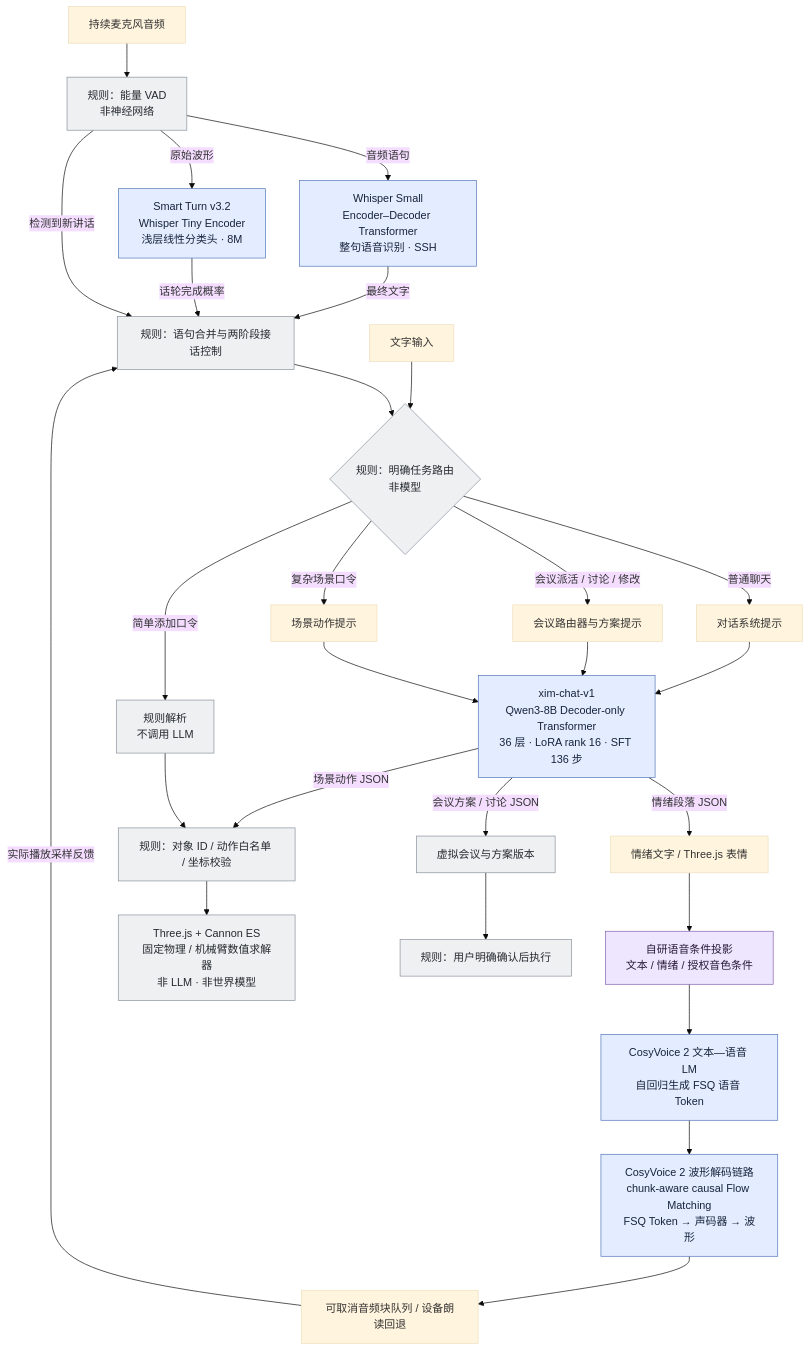
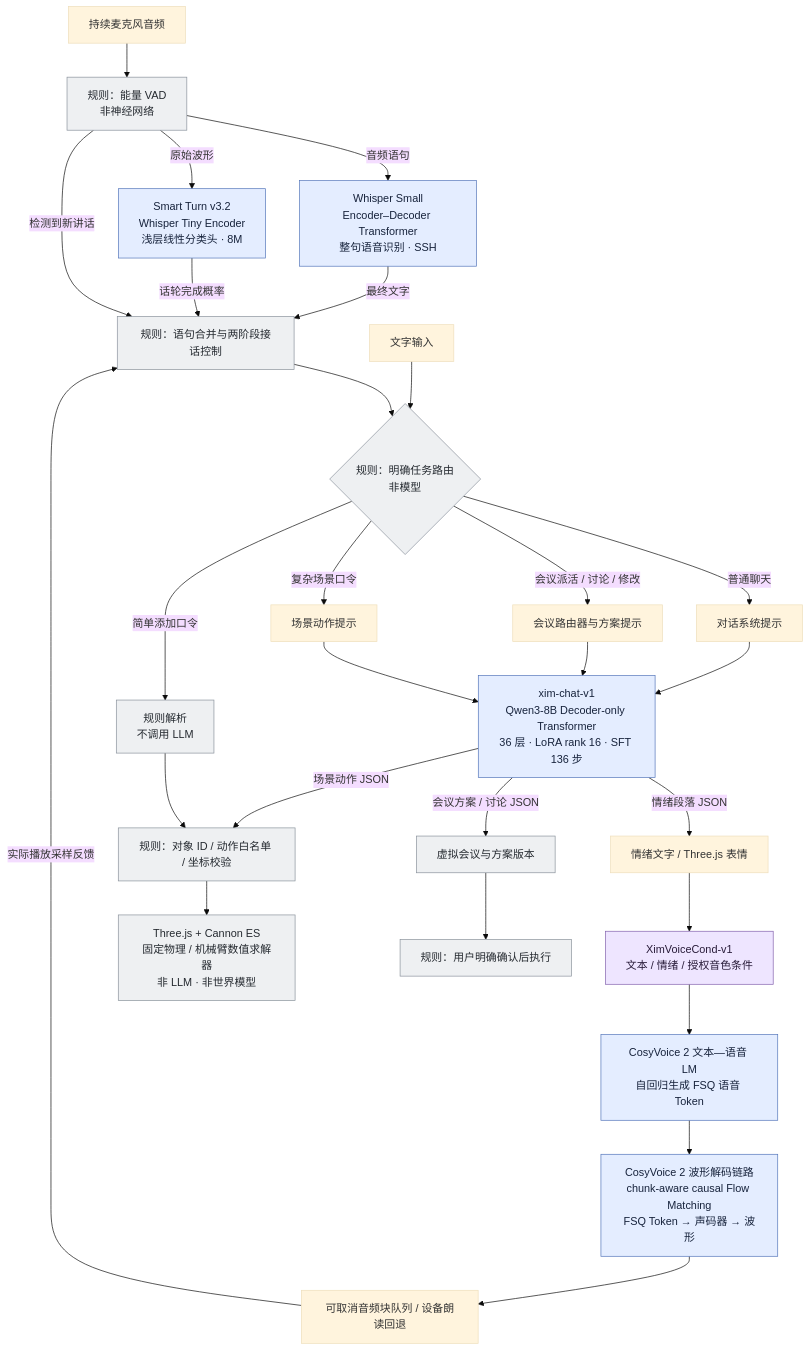
One commit to wuki-creator/Xim-duplex changed the second of 2 diagrams in README.md. Above: the diagram before and after it, drawn with Mermaid (base theme). The commit also changed other lines of this file and 3 other files, not shown here.

Commit message:
docs: define XimVoiceCond-v1 architecture

````diff
--- a/README.md
+++ b/README.md
@@ -79,40 +79,40 @@
 ```mermaid
 flowchart TD
     MIC[持续麦克风音频] --> VAD[规则：能量 VAD<br/>非神经网络]
     VAD -->|音频语句| ASR[Whisper Small<br/>Encoder–Decoder Transformer<br/>整句语音识别 · SSH]
     VAD -->|原始波形| TURN[Smart Turn v3.2<br/>Whisper Tiny Encoder<br/>浅层线性分类头 · 8M]
     ASR -->|最终文字| GATE[规则：语句合并与两阶段接话控制]
     TURN -->|话轮完成概率| GATE
     TEXT[文字输入] --> ROUTER
     GATE --> ROUTER{规则：明确任务路由<br/>非模型}
 
     ROUTER -->|普通聊天| CHATP[对话系统提示]
     ROUTER -->|会议派活 / 讨论 / 修改| MEETP[会议路由器与方案提示]
     ROUTER -->|复杂场景口令| SCENEP[场景动作提示]
     ROUTER -->|简单添加口令| SIMPLE[规则解析<br/>不调用 LLM]
 
     CHATP --> LLM[xim-chat-v1<br/>Qwen3-8B Decoder-only Transformer<br/>36 层 · LoRA rank 16 · SFT 136 步]
     MEETP --> LLM
     SCENEP --> LLM
 
     LLM -->|情绪段落 JSON| UI[情绪文字 / Three.js 表情]
     LLM -->|会议方案 / 讨论 JSON| ROOM[虚拟会议与方案版本]
     LLM -->|场景动作 JSON| CHECK[规则：对象 ID / 动作白名单 / 坐标校验]
     SIMPLE --> CHECK
     ROOM --> CONFIRM[规则：用户明确确认后执行]
     CHECK --> WORLD[Three.js + Cannon ES<br/>固定物理 / 机械臂数值求解器<br/>非 LLM · 非世界模型]
 
-    UI --> VCOND[自研语音条件投影<br/>文本 / 情绪 / 授权音色条件]
+    UI --> VCOND[XimVoiceCond-v1<br/>文本 / 情绪 / 授权音色条件]
     VCOND --> TTS[CosyVoice 2 文本—语音 LM<br/>自回归生成 FSQ 语音 Token]
     TTS --> FLOW[CosyVoice 2 波形解码链路<br/>chunk-aware causal Flow Matching<br/>FSQ Token → 声码器 → 波形]
     FLOW --> PLAY[可取消音频块队列 / 设备朗读回退]
     PLAY -->|实际播放采样反馈| GATE
     VAD -->|检测到新讲话| GATE
 
     classDef model fill:#e4edff,stroke:#5274b9,color:#17233c;
     classDef train fill:#eee5ff,stroke:#8260ac,color:#281b39;
     classDef rule fill:#eef0f2,stroke:#89919b,color:#252a30;
     class ASR,TURN,LLM,TTS,FLOW model;
     class VCOND train;
     class VAD,GATE,ROUTER,SIMPLE,ROOM,CONFIRM,CHECK,WORLD rule;
 ```
````
